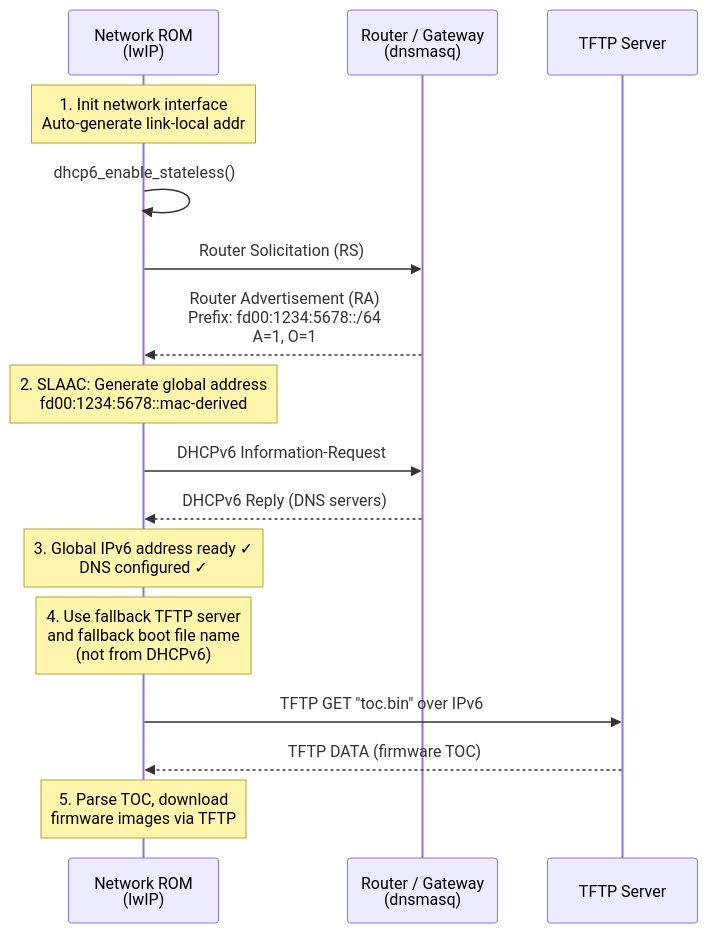
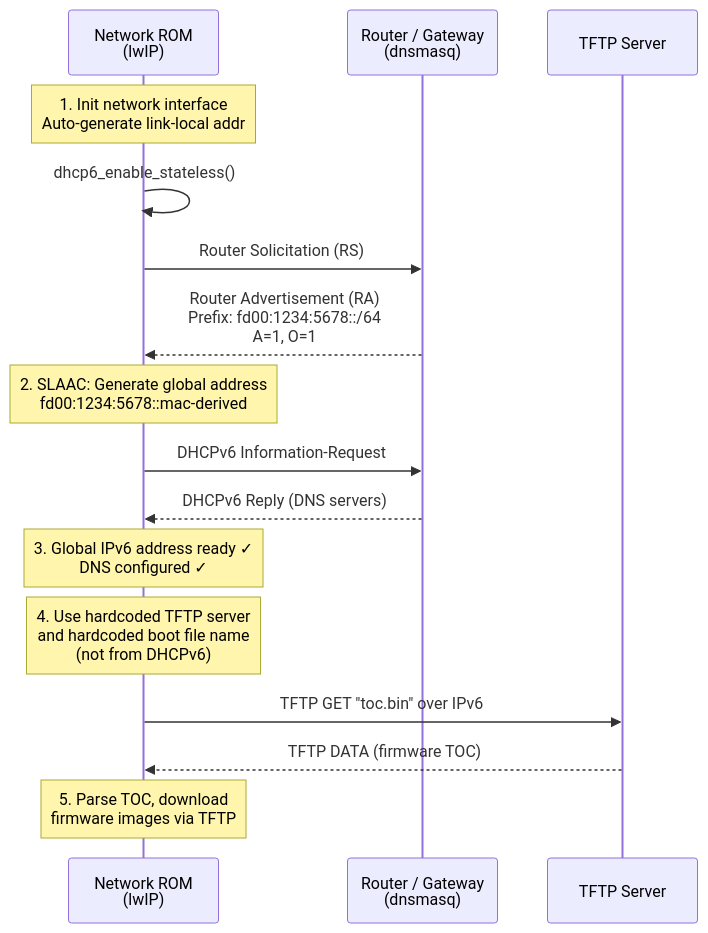
The fifth of 8 diagrams in docs/src/ipv6_address_configuration.md (mlvisaya/caliptra-mcu-sw), drawn with Mermaid before and after one commit. The commit also changed other lines of this file, not shown here.

````diff
--- a/docs/src/ipv6_address_configuration.md
+++ b/docs/src/ipv6_address_configuration.md
@@ -200,27 +182,27 @@
 ```mermaid
 sequenceDiagram
     participant FW as Network ROM<br/>(lwIP)
     participant Router as Router / Gateway<br/>(dnsmasq)
     participant TFTP as TFTP Server
 
     Note over FW: 1. Init network interface<br/>Auto-generate link-local addr
 
     FW->>FW: dhcp6_enable_stateless()
 
     FW->>Router: Router Solicitation (RS)
     Router-->>FW: Router Advertisement (RA)<br/>Prefix: fd00:1234:5678::/64<br/>A=1, O=1
 
     Note over FW: 2. SLAAC: Generate global address<br/>fd00:1234:5678::mac-derived
 
     FW->>Router: DHCPv6 Information-Request
     Router-->>FW: DHCPv6 Reply (DNS servers)
 
     Note over FW: 3. Global IPv6 address ready ✓<br/>DNS configured ✓
 
-    Note over FW: 4. Use fallback TFTP server<br/>and fallback boot file name<br/>(not from DHCPv6)
+    Note over FW: 4. Use hardcoded TFTP server<br/>and hardcoded boot file name<br/>(not from DHCPv6)
 
     FW->>TFTP: TFTP GET "toc.bin" over IPv6
     TFTP-->>FW: TFTP DATA (firmware TOC)
 
     Note over FW: 5. Parse TOC, download<br/>firmware images via TFTP
 ```
````
